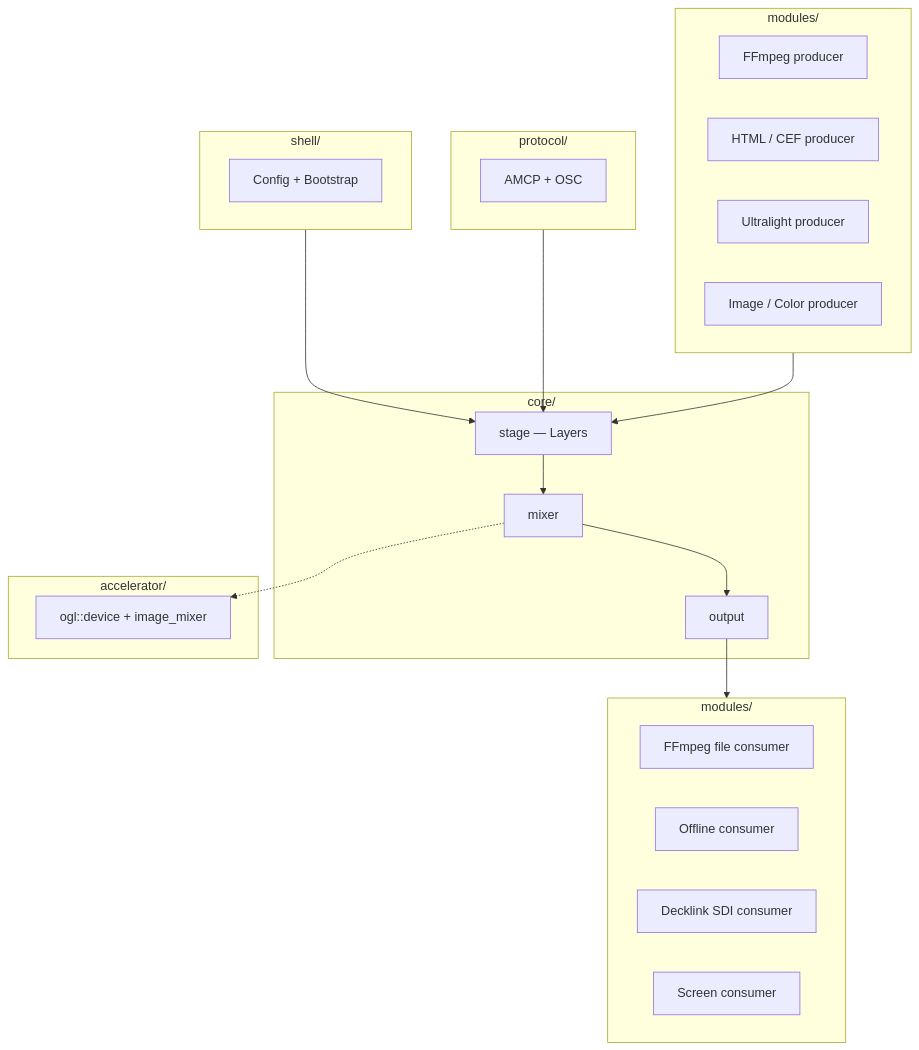
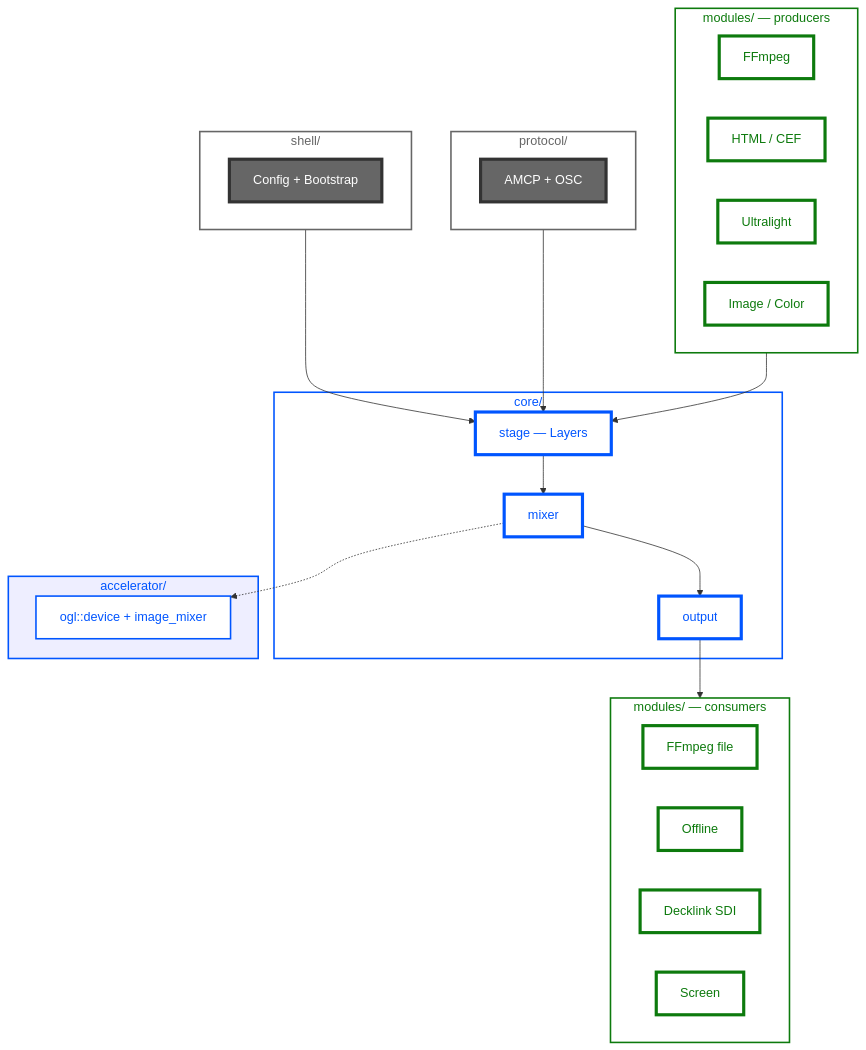
One commit to den-frie-vilje/casparCG changed the first of 10 diagrams in docs/architecture.md. Above: the diagram before and after it, drawn with Mermaid. The commit also changed other lines of this file, not shown here.

Commit message:
docs: style diagrams with blue, dark green, and golden yellow

````diff
--- a/docs/architecture.md
+++ b/docs/architecture.md
@@ -31,42 +31,58 @@
 ```mermaid
 graph TD
+    classDef coreNode fill:#FFF,color:#0055FF,stroke:#0055FF,stroke-width:4px
+    classDef moduleNode fill:#FFF,color:#0D7A0D,stroke:#0D7A0D,stroke-width:4px
+    classDef gpuNode fill:#FFF,color:#0055FF,stroke:#0055FF,stroke-width:2px
+    classDef ctrlNode fill:#666,color:#FFF,stroke:#333,stroke-width:4px
+    classDef sgCore stroke:#0055FF,fill:#FFF,color:#0055FF,stroke-width:2px
+    classDef sgModule stroke:#0D7A0D,fill:#FFF,color:#0D7A0D,stroke-width:2px
+    classDef sgGpu stroke:#0055FF,fill:#EEF,color:#0055FF,stroke-width:2px
+    classDef sgCtrl stroke:#666,fill:#FFF,color:#666,stroke-width:2px
+
     subgraph S["shell/"]
-        SHELL[Config + Bootstrap]
+        SHELL[Config + Bootstrap]:::ctrlNode
     end
 
     subgraph P["protocol/"]
-        AMCP[AMCP + OSC]
+        AMCP[AMCP + OSC]:::ctrlNode
     end
 
-    subgraph MP["modules/"]
-        FFPROD[FFmpeg producer]
-        HTMLPROD[HTML / CEF producer]
-        ULPROD[Ultralight producer]
-        IMGPROD[Image / Color producer]
+    subgraph MP["modules/ — producers"]
+        FFPROD[FFmpeg]:::moduleNode
+        HTMLPROD[HTML / CEF]:::moduleNode
+        ULPROD[Ultralight]:::moduleNode
+        IMGPROD[Image / Color]:::moduleNode
     end
 
     S --> STAGE
     P --> STAGE
     MP --> STAGE
 
     subgraph C["core/"]
-        STAGE[stage — Layers]
-        STAGE --> MIXER[mixer]
-        MIXER --> OUTPUT[output]
+        STAGE[stage — Layers]:::coreNode
+        STAGE --> MIXER[mixer]:::coreNode
+        MIXER --> OUTPUT[output]:::coreNode
     end
 
     MIXER -.-> OGL
 
     subgraph A["accelerator/"]
-        OGL[ogl::device + image_mixer]
+        OGL[ogl::device + image_mixer]:::gpuNode
     end
 
-    subgraph MC["modules/"]
-        FFCONS[FFmpeg file consumer]
-        OFFCONS[Offline consumer]
-        DECK[Decklink SDI consumer]
-        SCREEN[Screen consumer]
+    subgraph MC["modules/ — consumers"]
+        FFCONS[FFmpeg file]:::moduleNode
+        OFFCONS[Offline]:::moduleNode
+        DECK[Decklink SDI]:::moduleNode
+        SCREEN[Screen]:::moduleNode
     end
 
     OUTPUT --> MC
+
+    class S sgCtrl
+    class P sgCtrl
+    class MP sgModule
+    class C sgCore
+    class A sgGpu
+    class MC sgModule
 ```
````
